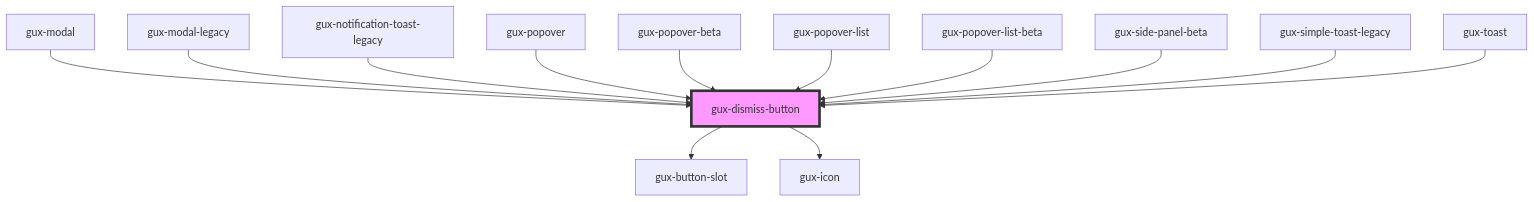
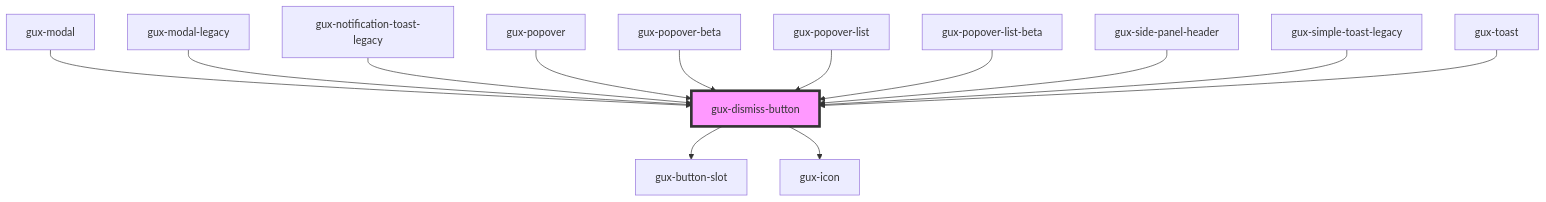
One commit to MyPureCloud/genesys-spark changed the diagram in packages/genesys-spark-components/src/components/stable/gux-dismiss-button/readme.md. Above: the diagram before and after it, drawn with Mermaid. The commit also changed other lines of this file and 7 other files, not shown here.

First line of the commit message:
chore(side-panel-beta): Fixed dismiss button styling for expandable state

````diff
--- a/packages/genesys-spark-components/src/components/stable/gux-dismiss-button/readme.md
+++ b/packages/genesys-spark-components/src/components/stable/gux-dismiss-button/readme.md
@@ -37,16 +37,16 @@
 ```mermaid
 graph TD;
   gux-dismiss-button --> gux-button-slot
   gux-dismiss-button --> gux-icon
   gux-modal --> gux-dismiss-button
   gux-modal-legacy --> gux-dismiss-button
   gux-notification-toast-legacy --> gux-dismiss-button
   gux-popover --> gux-dismiss-button
   gux-popover-beta --> gux-dismiss-button
   gux-popover-list --> gux-dismiss-button
   gux-popover-list-beta --> gux-dismiss-button
-  gux-side-panel-beta --> gux-dismiss-button
+  gux-side-panel-header --> gux-dismiss-button
   gux-simple-toast-legacy --> gux-dismiss-button
   gux-toast --> gux-dismiss-button
   style gux-dismiss-button fill:#f9f,stroke:#333,stroke-width:4px
 ```
````
